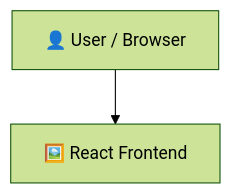
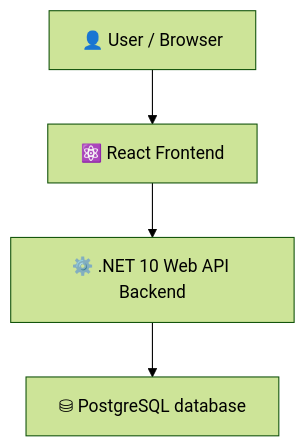
One commit to ASHUdev05/machen changed the diagram in README.md. Above: the diagram before and after it, drawn with Mermaid (forest theme). The commit also changed other lines of this file, not shown here.

````diff
--- a/README.md
+++ b/README.md
@@ -40,6 +40,8 @@
 ```mermaid
 flowchart TD
     User["👤 User / Browser"]
-    FE["🖼️ React Frontend"]
-    User --> FE
+    FE["⚛️ React Frontend"]
+    BE["⚙️ .NET 10 Web API Backend"]
+    DB["⛁ PostgreSQL database"]
+    User --> FE --> BE --> DB
 ```
````
